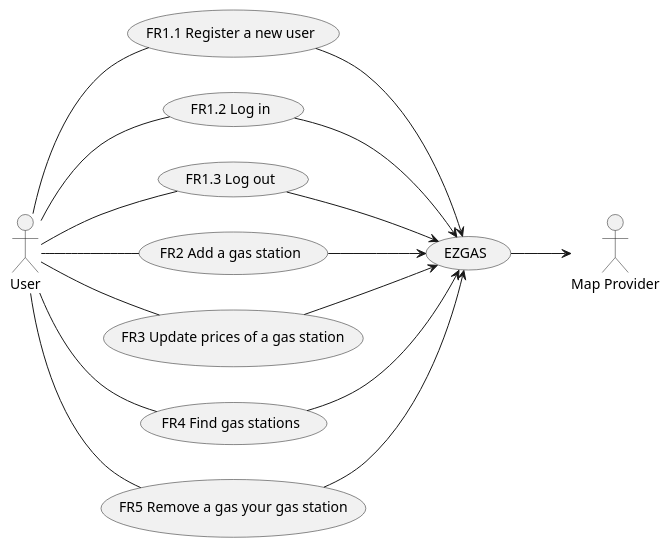
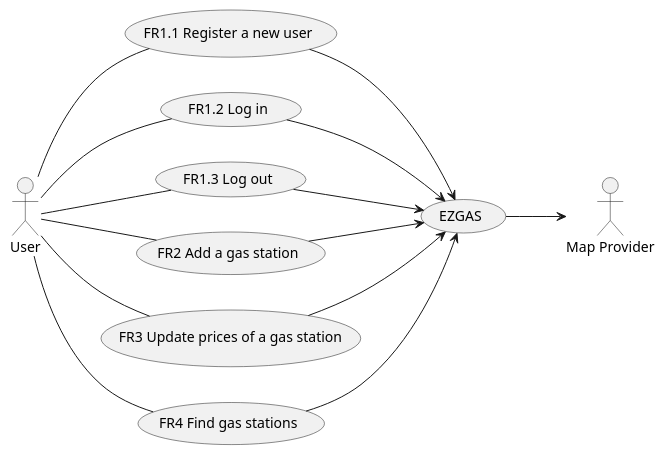
The second of 3 diagrams in docs/RequirementsDocument.md (MattiaRiola/ezgas), drawn with PlantUML before and after one commit. The commit also changed other lines of this file, not shown here.

````diff
--- a/docs/RequirementsDocument.md
+++ b/docs/RequirementsDocument.md
@@ -116,30 +116,27 @@
 ```plantuml
 @startuml
 left to right direction
 actor User as u
 actor "Map Provider" as m
 (EZGAS) as eg
 (FR1.1 Register a new user) as FR1.1
 (FR1.2 Log in) as FR1.2
 (FR1.3 Log out) as FR1.3
 (FR2 Add a gas station) as FR2
 (FR3 Update prices of a gas station) as FR3
 (FR4 Find gas stations) as FR4
-(FR5 Remove a gas your gas station) as FR5
 u -- FR1.2
 u -- FR1.3
 u -- FR1.1
 FR1.1 --> eg
 FR1.2 --> eg
 FR1.3 --> eg
 u -- FR2
 FR2 --> eg
 u -- FR3
 FR3 --> eg
 u -- FR4
 FR4 --> eg
-u -- FR5
-FR5 --> eg
 eg --> m
 @enduml
 ```
````
